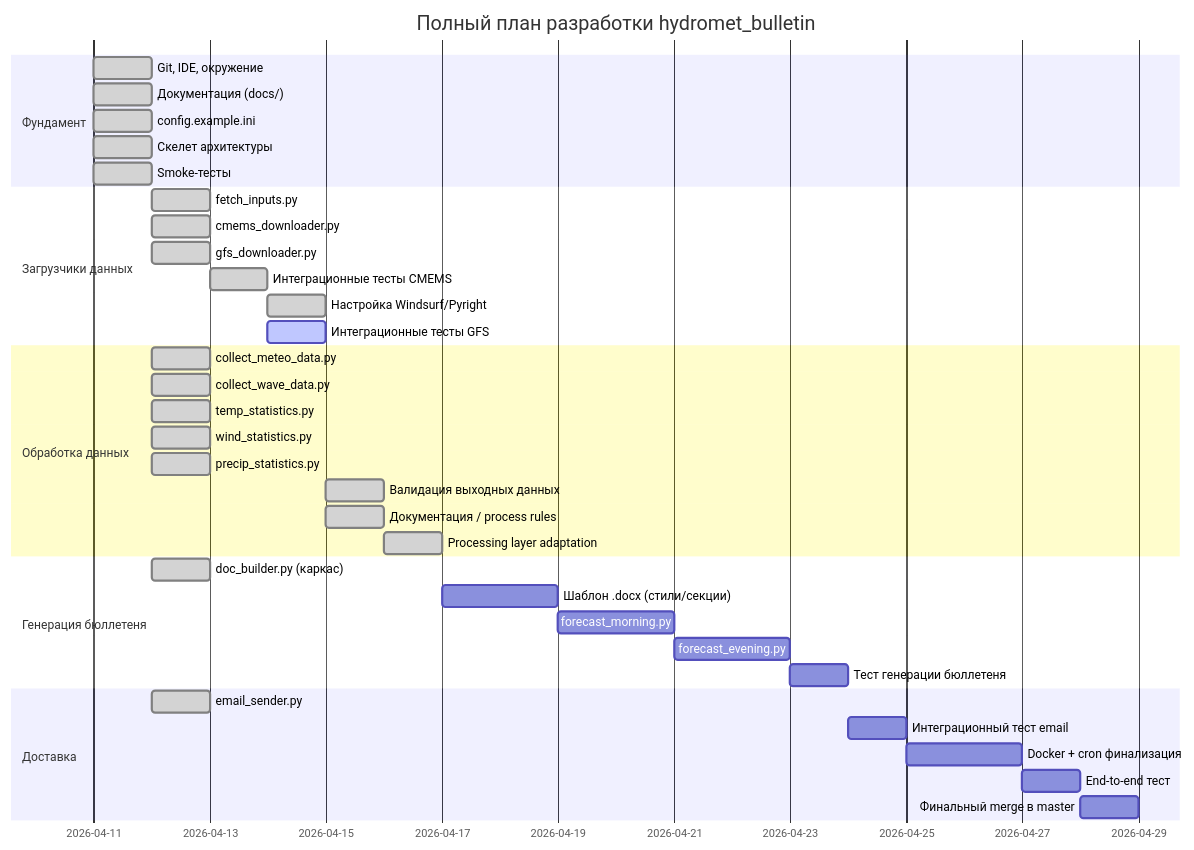
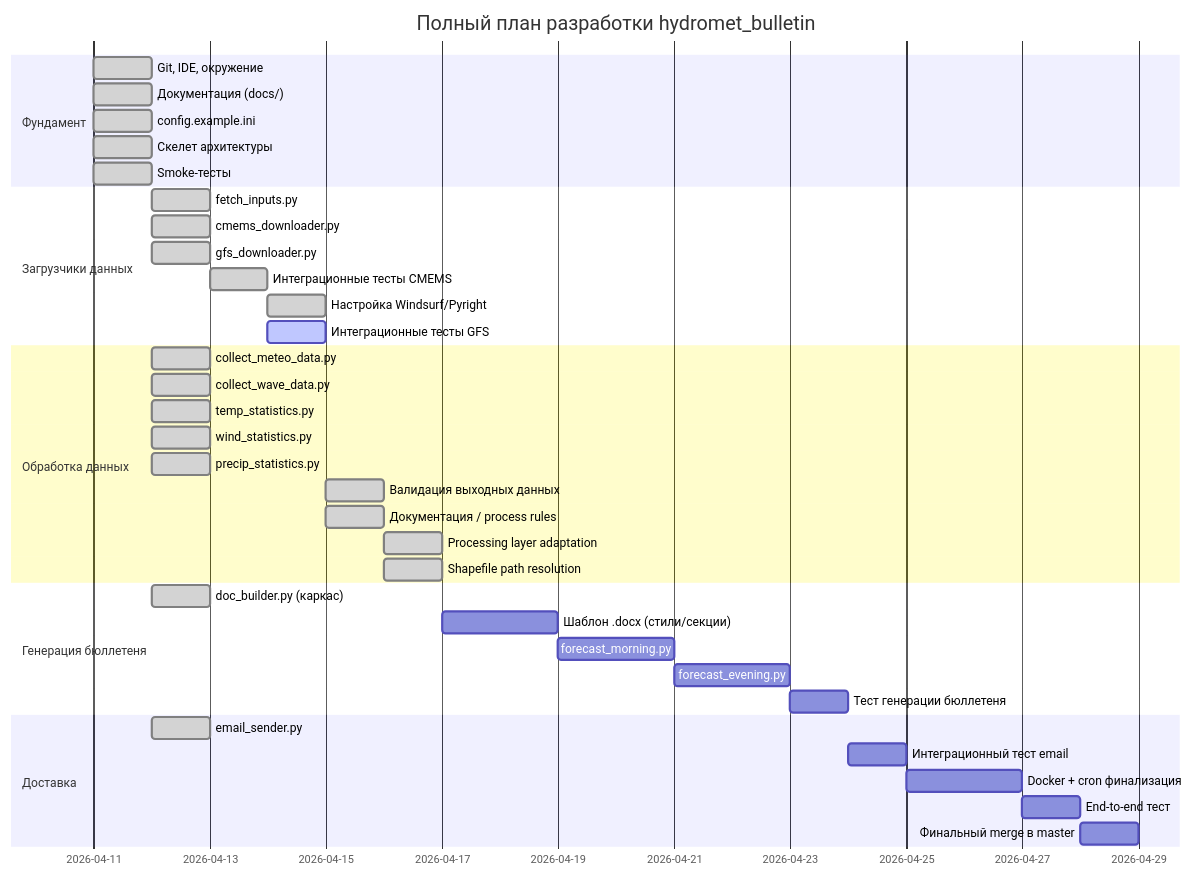
The first of 2 diagrams in docs/project_progress.md (zubkovfpk/hydromet_bulletin), drawn with Mermaid before and after one commit. The commit also changed other lines of this file and 13 other files, not shown here.

````diff
--- a/docs/project_progress.md
+++ b/docs/project_progress.md
@@ -5,39 +5,40 @@
 ```mermaid
 gantt
     title Полный план разработки hydromet_bulletin
     dateFormat YYYY-MM-DD
     section Фундамент
     Git, IDE, окружение          :done, 2026-04-11, 1d
     Документация (docs/)         :done, 2026-04-11, 1d
     config.example.ini           :done, 2026-04-11, 1d
     Скелет архитектуры           :done, 2026-04-11, 1d
     Smoke-тесты                  :done, 2026-04-11, 1d
     section Загрузчики данных
     fetch_inputs.py              :done, 2026-04-12, 1d
     cmems_downloader.py          :done, 2026-04-12, 1d
     gfs_downloader.py            :done, 2026-04-12, 1d
     Интеграционные тесты CMEMS   :done, 2026-04-13, 1d
     Настройка Windsurf/Pyright   :done, 2026-04-14, 1d
     Интеграционные тесты GFS     :active, 2026-04-14, 1d
     section Обработка данных
     collect_meteo_data.py        :done, 2026-04-12, 1d
     collect_wave_data.py         :done, 2026-04-12, 1d
     temp_statistics.py           :done, 2026-04-12, 1d
     wind_statistics.py           :done, 2026-04-12, 1d
     precip_statistics.py         :done, 2026-04-12, 1d
     Валидация выходных данных    :done, 2026-04-15, 1d
     Документация / process rules :done, 2026-04-15, 1d
     Processing layer adaptation  :done, 2026-04-16, 1d
+    Shapefile path resolution    :done, 2026-04-16, 1d
     section Генерация бюллетеня
     doc_builder.py (каркас)      :done, 2026-04-12, 1d
     Шаблон .docx (стили/секции) :2026-04-17, 2d
     forecast_morning.py          :2026-04-19, 2d
     forecast_evening.py          :2026-04-21, 2d
     Тест генерации бюллетеня     :2026-04-23, 1d
     section Доставка
     email_sender.py              :done, 2026-04-12, 1d
     Интеграционный тест email    :2026-04-24, 1d
     Docker + cron финализация    :2026-04-25, 2d
     End-to-end тест              :2026-04-27, 1d
     Финальный merge в master     :2026-04-28, 1d
 ```
````
